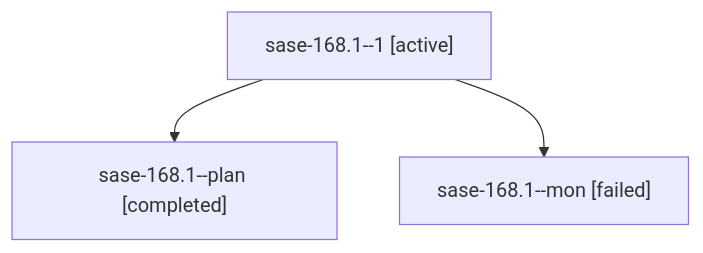
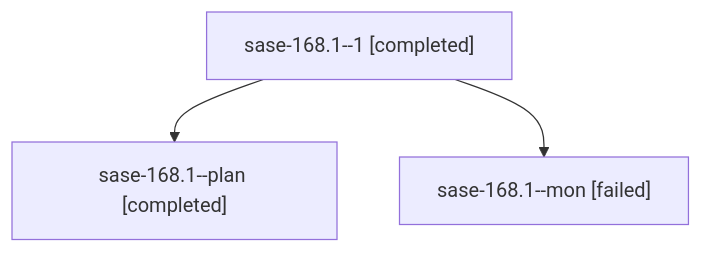
One commit to sase-org/sase--agents changed the diagram in families/bbugyi200.athena.sase-168.1.md. Above: the diagram before and after it, drawn with Mermaid. The commit also changed other lines of this file and 2427 other files, not shown here.

````diff
--- a/families/bbugyi200.athena.sase-168.1.md
+++ b/families/bbugyi200.athena.sase-168.1.md
@@ -9,8 +9,8 @@
 ```mermaid
 flowchart TD
-  n0["sase-168.1--1 [active]"]
+  n0["sase-168.1--1 [completed]"]
   n1["sase-168.1--plan [completed]"]
   n0 --> n1
   n2["sase-168.1--mon [failed]"]
   n0 --> n2
 ```
````
